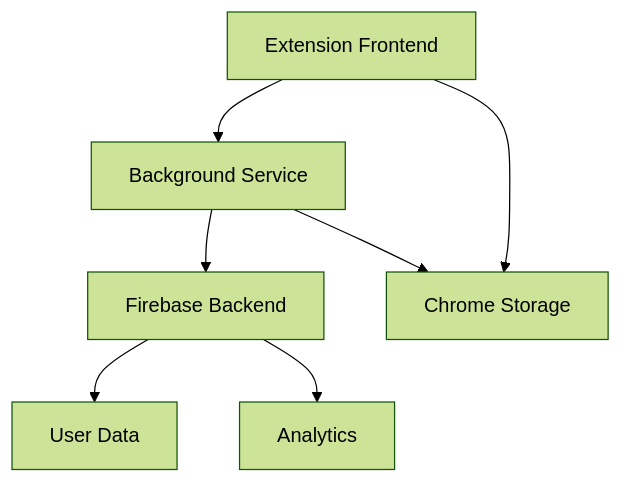
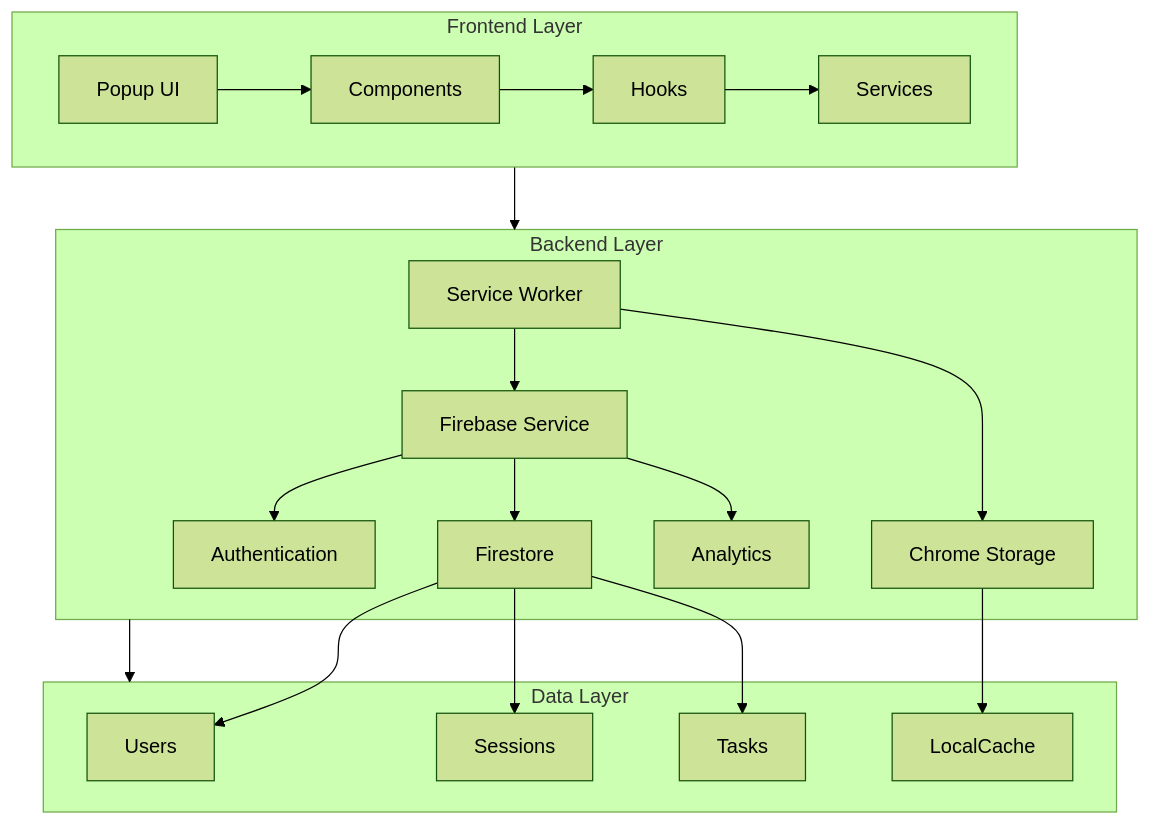
Before and after one commit to nabz0r/focus-flow-extension: the first of 4 diagrams in README.md, drawn with Mermaid (forest theme). The commit also changed other lines of this file, not shown here.

Commit message:
docs: Mise à jour README avec Firebase et nouvelle architecture

````diff
--- a/README.md
+++ b/README.md
@@ -26,9 +31,26 @@
 ```mermaid
-graph TD
-    A[Extension Frontend] --> B[Background Service]
-    B --> C[Firebase Backend]
-    A --> D[Chrome Storage]
-    B --> D
-    C --> E[User Data]
-    C --> F[Analytics]
+graph TB
+  subgraph Frontend [Frontend Layer]
+    P[Popup UI] --> C[Components]
+    C --> H[Hooks]
+    H --> S[Services]
+  end
+
+  subgraph Backend [Backend Layer]
+    SW[Service Worker] --> FB[Firebase Service]
+    SW --> CS[Chrome Storage]
+    FB --> Auth[Authentication]
+    FB --> FS[Firestore]
+    FB --> AN[Analytics]
+  end
+
+  subgraph Data [Data Layer]
+    FS --> Users
+    FS --> Sessions
+    FS --> Tasks
+    CS --> LocalCache
+  end
+
+  Frontend --> Backend
+  Backend --> Data
 ```
````
